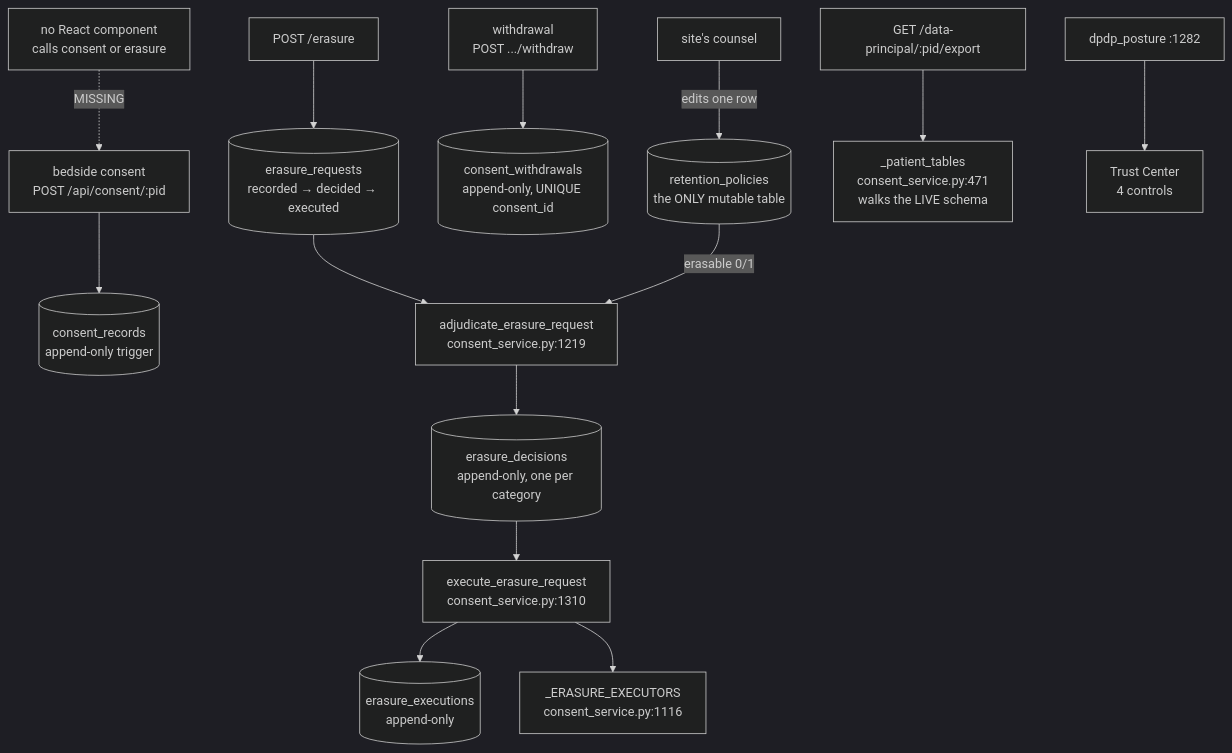
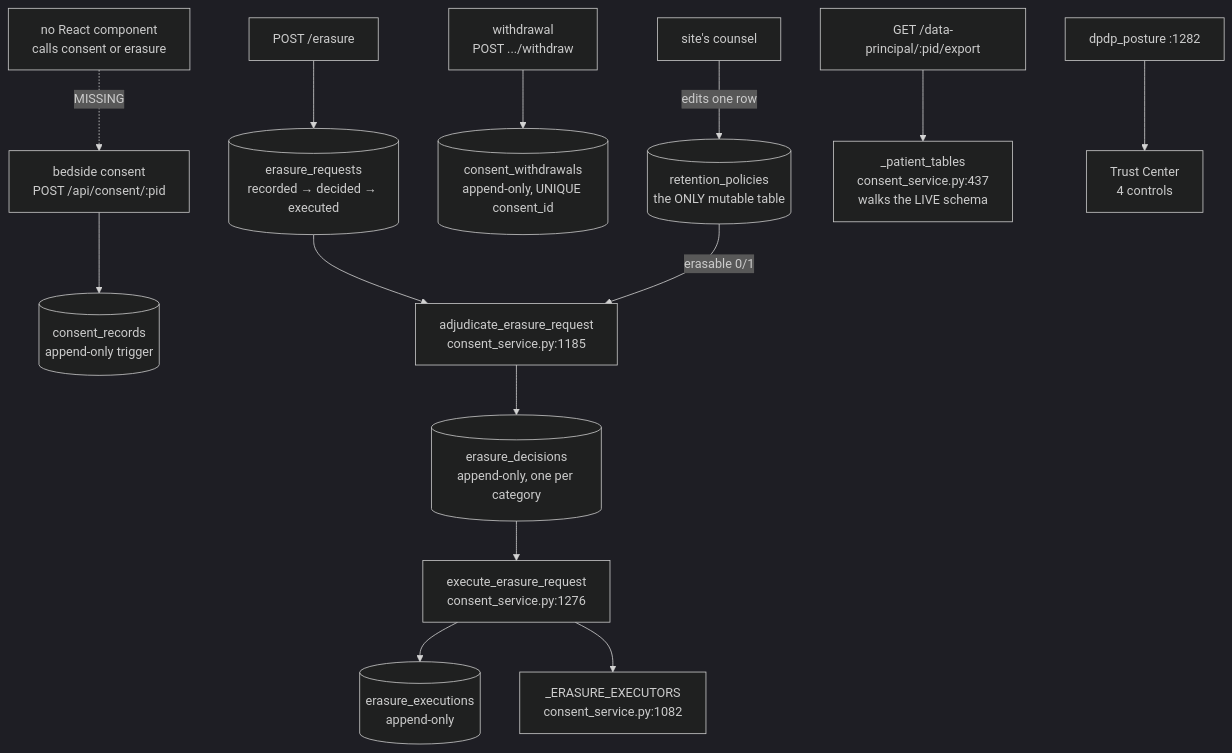
One commit to samuelmorningstar23/Orb changed the first of 2 diagrams in docs/guide/35-dpdp-consent-and-data-rights.md. Above: the diagram before and after it, drawn with Mermaid (dark theme). The commit also changed other lines of this file and 471 other files, not shown here.

````diff
--- a/docs/guide/35-dpdp-consent-and-data-rights.md
+++ b/docs/guide/35-dpdp-consent-and-data-rights.md
@@ -35,16 +35,16 @@
 ```mermaid
 graph TD
   SITE[site's counsel] -->|edits one row| RP[(retention_policies<br/>the ONLY mutable table)]
   BED[bedside consent<br/>POST /api/consent/:pid] --> CR[(consent_records<br/>append-only trigger)]
   BED2[withdrawal<br/>POST .../withdraw] --> CW[(consent_withdrawals<br/>append-only, UNIQUE consent_id)]
   REQ[POST /erasure] --> ER[(erasure_requests<br/>recorded → decided → executed)]
-  ER --> ADJ[adjudicate_erasure_request<br/>consent_service.py:1219]
+  ER --> ADJ[adjudicate_erasure_request<br/>consent_service.py:1185]
   RP -->|erasable 0/1| ADJ
   ADJ --> ED[(erasure_decisions<br/>append-only, one per category)]
-  ED --> EXE[execute_erasure_request<br/>consent_service.py:1310]
+  ED --> EXE[execute_erasure_request<br/>consent_service.py:1276]
   EXE --> EX[(erasure_executions<br/>append-only)]
-  EXE --> KILL[_ERASURE_EXECUTORS<br/>consent_service.py:1116]
-  EXP[GET /data-principal/:pid/export] --> WALK[_patient_tables<br/>consent_service.py:471<br/>walks the LIVE schema]
+  EXE --> KILL[_ERASURE_EXECUTORS<br/>consent_service.py:1082]
+  EXP[GET /data-principal/:pid/export] --> WALK[_patient_tables<br/>consent_service.py:437<br/>walks the LIVE schema]
   POST[dpdp_posture :1282] --> TRUST[Trust Center<br/>4 controls]
   UI[no React component<br/>calls consent or erasure] -.->|MISSING| BED
 ```
````
